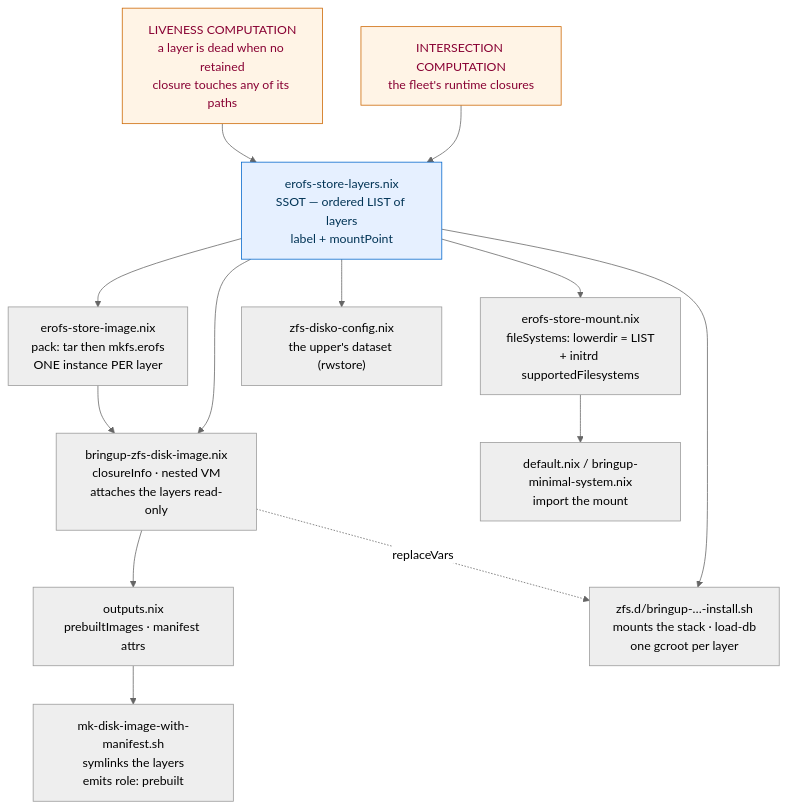
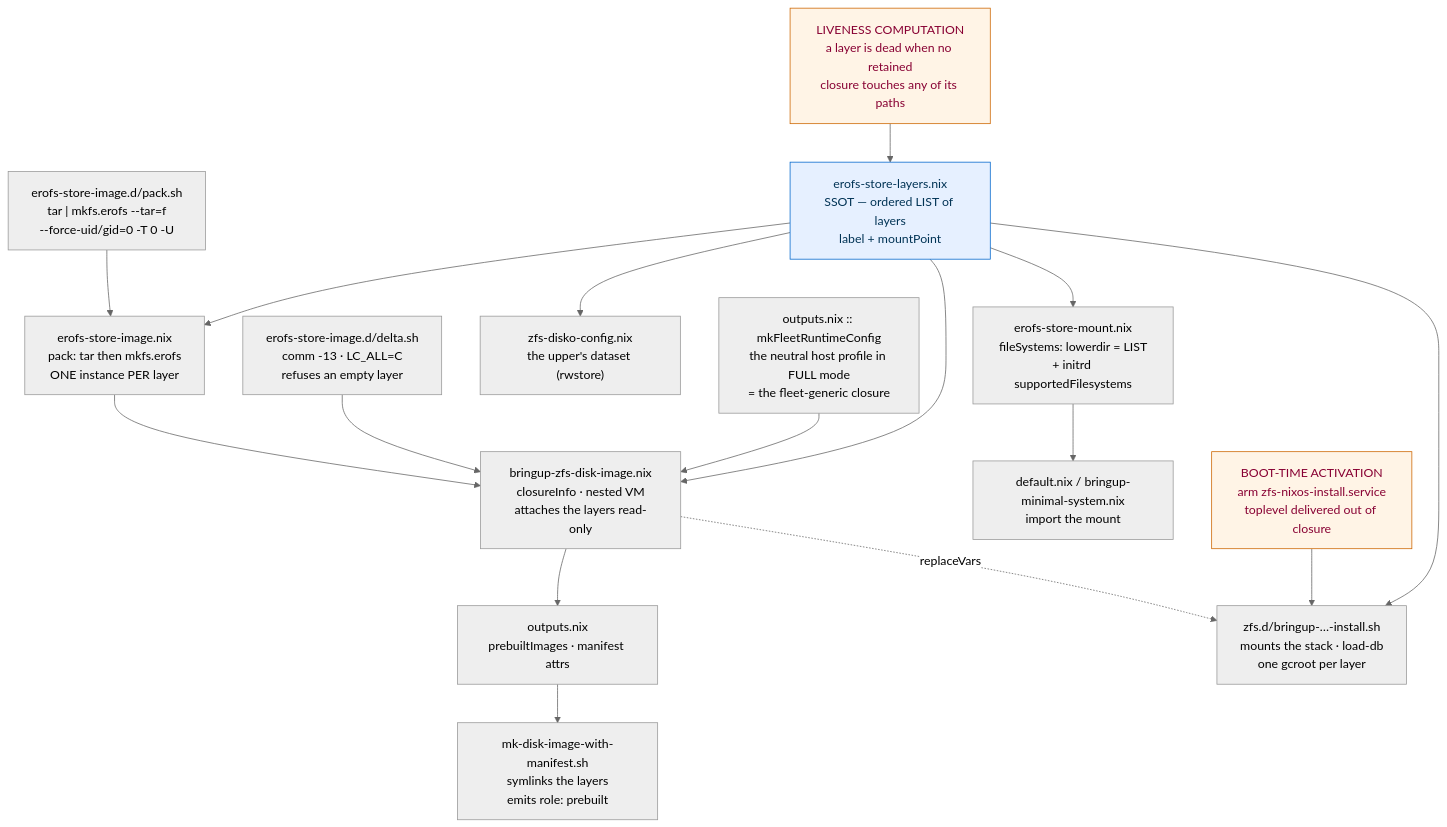
Before and after one commit to seedmatic/rke2lab: the second of 5 diagrams in docs/architecture/nixos-substrate/erofs-store-layer-stack.adoc, drawn with Mermaid (neutral theme). The commit also changed other lines of this file and 4 other files, not shown here.

```diff
--- a/docs/architecture/nixos-substrate/erofs-store-layer-stack.adoc
+++ b/docs/architecture/nixos-substrate/erofs-store-layer-stack.adoc
@@ -107,34 +120,41 @@
 [mermaid]
 ----
 flowchart TB
   LAYERS["erofs-store-layers.nix<br/>SSOT — ordered LIST of layers<br/>label + mountPoint"]
   IMAGE["erofs-store-image.nix<br/>pack: tar then mkfs.erofs<br/>ONE instance PER layer"]
   MOUNT["erofs-store-mount.nix<br/>fileSystems: lowerdir = LIST<br/>+ initrd supportedFilesystems"]
   DISKO["zfs-disko-config.nix<br/>the upper's dataset (rwstore)"]
   BRINGUP["bringup-zfs-disk-image.nix<br/>closureInfo · nested VM<br/>attaches the layers read-only"]
   OUTPUTS["outputs.nix<br/>prebuiltImages · manifest attrs"]
   ASSEMBLY["mk-disk-image-with-manifest.sh<br/>symlinks the layers<br/>emits role: prebuilt"]
   INSTALL["zfs.d/bringup-…-install.sh<br/>mounts the stack · load-db<br/>one gcroot per layer"]
   RUNTIME["default.nix / bringup-minimal-system.nix<br/>import the mount"]
 
-  INTER["INTERSECTION COMPUTATION<br/>the fleet's runtime closures"]
+  FLEET["outputs.nix :: mkFleetRuntimeConfig<br/>the neutral host profile in FULL mode<br/>= the fleet-generic closure"]
+  DELTA["erofs-store-image.d/delta.sh<br/>comm -13 · LC_ALL=C<br/>refuses an empty layer"]
+  PACK["erofs-store-image.d/pack.sh<br/>tar | mkfs.erofs --tar=f<br/>--force-uid/gid=0 -T 0 -U"]
+
   LIVENESS["LIVENESS COMPUTATION<br/>a layer is dead when no retained<br/>closure touches any of its paths"]
+  AUTOACT["BOOT-TIME ACTIVATION<br/>arm zfs-nixos-install.service<br/>toplevel delivered out of closure"]
 
   LAYERS --> IMAGE
   LAYERS --> MOUNT
   LAYERS --> DISKO
   LAYERS --> BRINGUP
   LAYERS --> INSTALL
-  INTER --> LAYERS
+  FLEET --> BRINGUP
+  DELTA --> BRINGUP
+  PACK --> IMAGE
   LIVENESS --> LAYERS
+  AUTOACT --> INSTALL
   IMAGE --> BRINGUP
   BRINGUP --> OUTPUTS
   OUTPUTS --> ASSEMBLY
   BRINGUP -.->|"replaceVars"| INSTALL
   MOUNT --> RUNTIME
 
   classDef newc fill:#fff4e6,stroke:#c60,color:#803;
   classDef ssot fill:#e6f0ff,stroke:#06c,color:#035;
-  class INTER,LIVENESS newc
+  class LIVENESS,AUTOACT newc
   class LAYERS ssot
 ----
```
